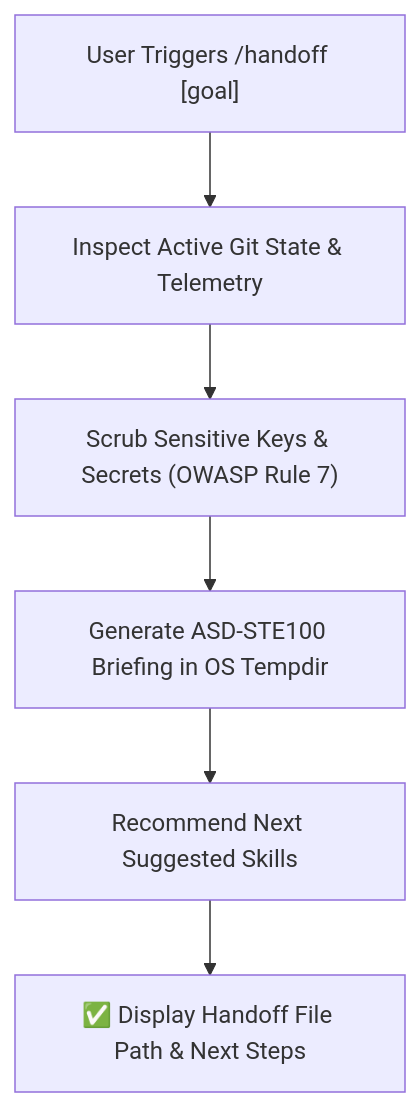
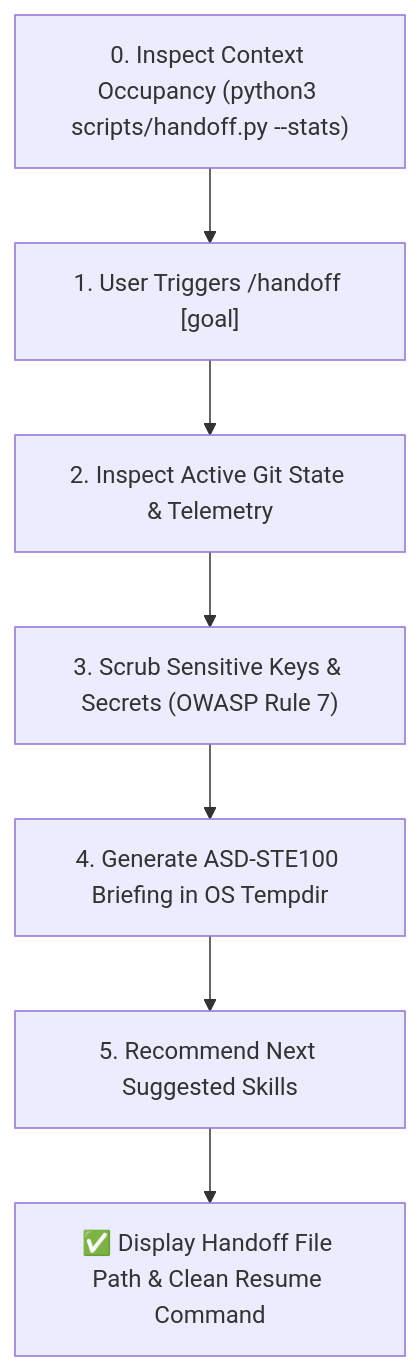
Before and after one commit to pubule/antigravity-dev-suite: the diagram in skills/handoff/SKILL.md, drawn with Mermaid. The commit also changed other lines of this file and 4 other files, not shown here.

Commit message:
feat(handoff): add live context window occupancy telemetry and CLI inspection

````diff
--- a/skills/handoff/SKILL.md
+++ b/skills/handoff/SKILL.md
@@ -14,8 +14,9 @@
 ```mermaid
 flowchart TD
-    H1["User Triggers /handoff [goal]"] --> H2["Inspect Active Git State & Telemetry"]
-    H2 --> H3["Scrub Sensitive Keys & Secrets (OWASP Rule 7)"]
-    H3 --> H4["Generate ASD-STE100 Briefing in OS Tempdir"]
-    H4 --> H5["Recommend Next Suggested Skills"]
-    H5 --> Done["✅ Display Handoff File Path & Next Steps"]
+    H0["0. Inspect Context Occupancy (python3 scripts/handoff.py --stats)"] --> H1["1. User Triggers /handoff [goal]"]
+    H1 --> H2["2. Inspect Active Git State & Telemetry"]
+    H2 --> H3["3. Scrub Sensitive Keys & Secrets (OWASP Rule 7)"]
+    H3 --> H4["4. Generate ASD-STE100 Briefing in OS Tempdir"]
+    H4 --> H5["5. Recommend Next Suggested Skills"]
+    H5 --> Done["✅ Display Handoff File Path & Clean Resume Command"]
 ```
````
